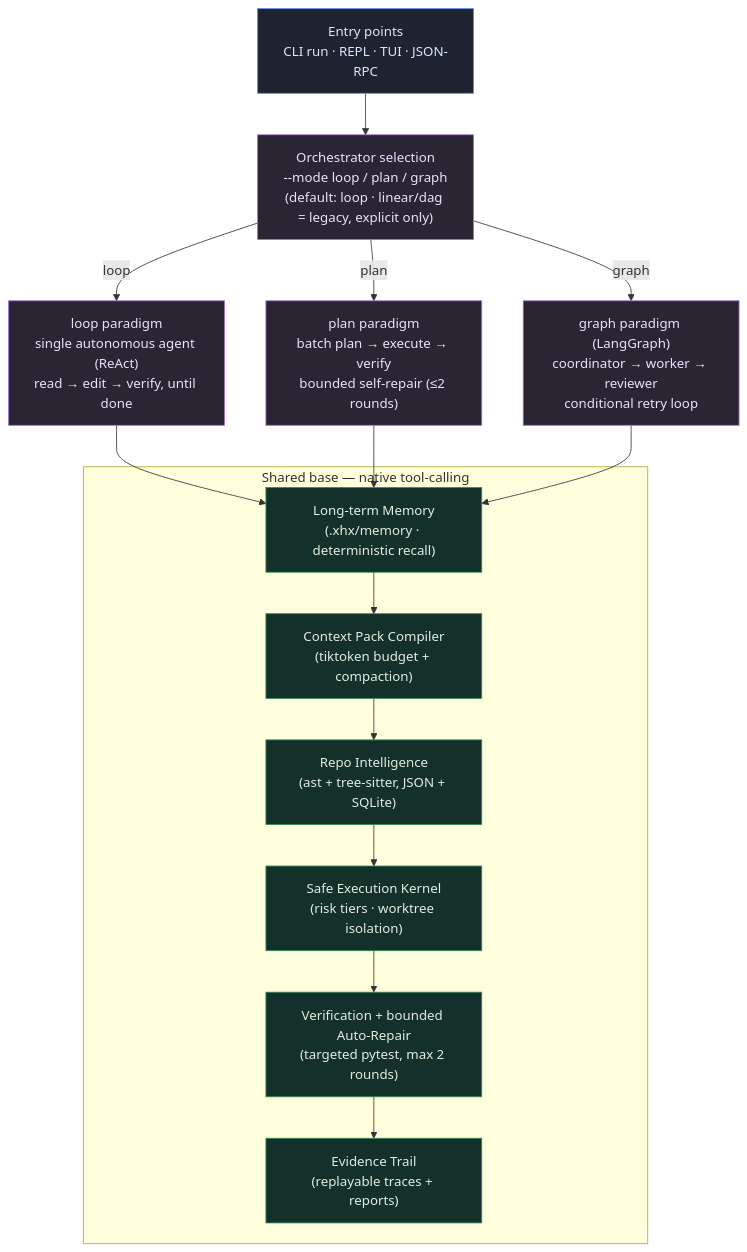
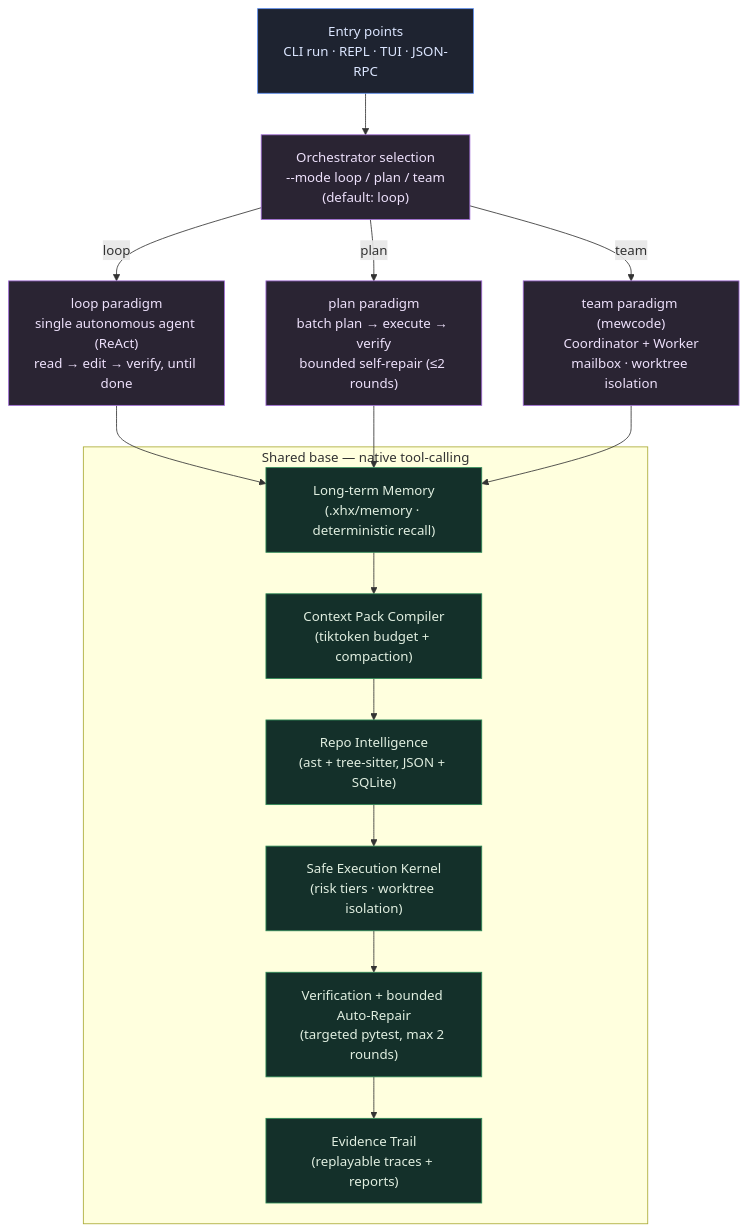
Before and after one commit to kongshuilinhua/XHX-Agent: the diagram in README.md, drawn with Mermaid. The commit also changed other lines of this file and 27 other files, not shown here.

````diff
--- a/README.md
+++ b/README.md
@@ -37,30 +37,30 @@
 ```mermaid
 graph TD
     classDef entry fill:#1e2330,stroke:#5b8def,stroke-width:1px,color:#dce6ff;
     classDef orch fill:#2a2433,stroke:#a06bd6,stroke-width:1px,color:#ede0fb;
     classDef base fill:#14302a,stroke:#2e8b57,stroke-width:1px,color:#e0eee0;
 
     E["Entry points<br/>CLI run · REPL · TUI · JSON-RPC"]:::entry
-    S["Orchestrator selection<br/>--mode loop / plan / graph<br/>(default: loop · linear/dag = legacy, explicit only)"]:::orch
+    S["Orchestrator selection<br/>--mode loop / plan / team<br/>(default: loop)"]:::orch
     L["loop paradigm<br/>single autonomous agent (ReAct)<br/>read → edit → verify, until done"]:::orch
     P["plan paradigm<br/>batch plan → execute → verify<br/>bounded self-repair (≤2 rounds)"]:::orch
-    G["graph paradigm (LangGraph)<br/>coordinator → worker → reviewer<br/>conditional retry loop"]:::orch
+    G["team paradigm (mewcode)<br/>Coordinator + Worker<br/>mailbox · worktree isolation"]:::orch
 
     subgraph base_box["Shared base — native tool-calling"]
         M["Long-term Memory<br/>(.xhx/memory · deterministic recall)"]:::base
         B["Context Pack Compiler<br/>(tiktoken budget + compaction)"]:::base
         R["Repo Intelligence<br/>(ast + tree-sitter, JSON + SQLite)"]:::base
         K["Safe Execution Kernel<br/>(risk tiers · worktree isolation)"]:::base
         V["Verification + bounded Auto-Repair<br/>(targeted pytest, max 2 rounds)"]:::base
         EV["Evidence Trail<br/>(replayable traces + reports)"]:::base
         M --> B --> R --> K --> V --> EV
     end
 
     E --> S
     S -->|loop| L
     S -->|plan| P
-    S -->|graph| G
+    S -->|team| G
     L --> M
     P --> M
     G --> M
 ```
````
